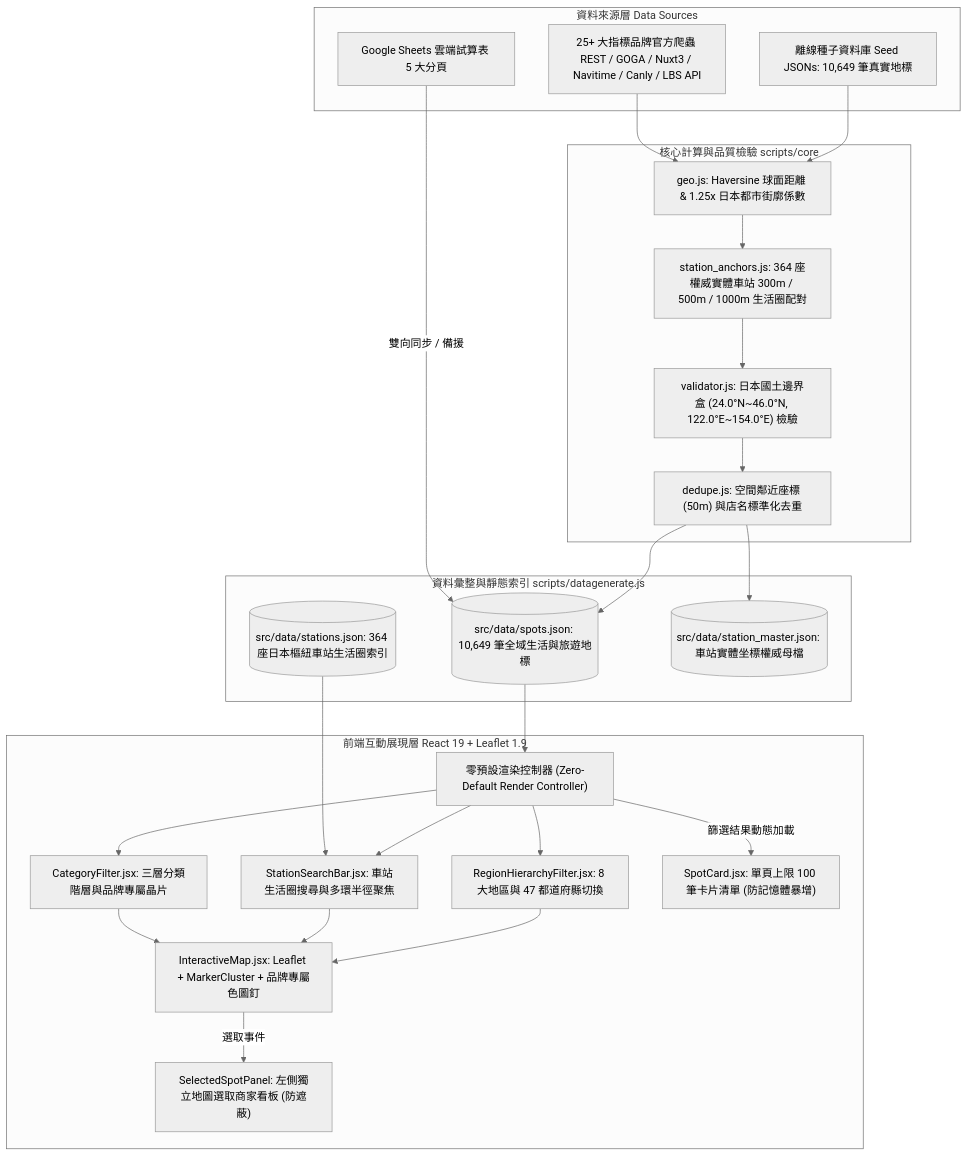
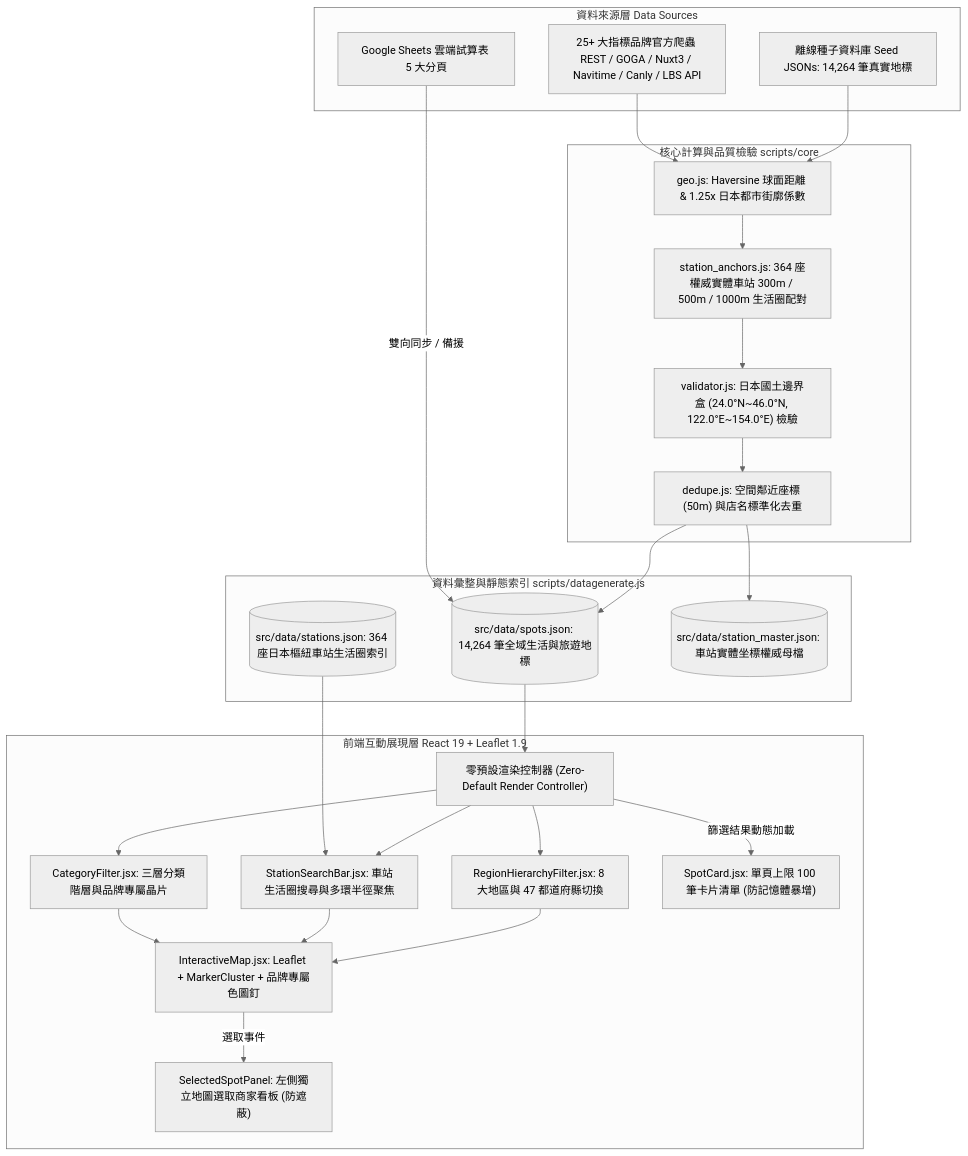
The first of 3 diagrams in docs/ARCHITECTURE.md (imhahac/japan-travel-map-guide), drawn with Mermaid (neutral theme) before and after one commit. The commit also changed other lines of this file and 12 other files, not shown here.

````diff
--- a/docs/ARCHITECTURE.md
+++ b/docs/ARCHITECTURE.md
@@ -13,50 +13,50 @@
 ```mermaid
 graph TD
     subgraph Data Sources [資料來源層 Data Sources]
         A1[Google Sheets 雲端試算表 5 大分頁]
         A2[25+ 大指標品牌官方爬蟲 REST / GOGA / Nuxt3 / Navitime / Canly / LBS API]
-        A3[離線種子資料庫 Seed JSONs: 10,649 筆真實地標]
+        A3[離線種子資料庫 Seed JSONs: 14,264 筆真實地標]
     end
 
     subgraph Core Processing [核心計算與品質檢驗 scripts/core]
         B1["geo.js: Haversine 球面距離 & 1.25x 日本都市街廓係數"]
         B2["station_anchors.js: 364 座權威實體車站 300m / 500m / 1000m 生活圈配對"]
         B3["validator.js: 日本國土邊界盒 (24.0°N~46.0°N, 122.0°E~154.0°E) 檢驗"]
         B4["dedupe.js: 空間鄰近座標 (50m) 與店名標準化去重"]
     end
 
     subgraph Data Aggregator [資料彙整與靜態索引 scripts/datagenerate.js]
-        C1[("src/data/spots.json: 10,649 筆全域生活與旅遊地標")]
+        C1[("src/data/spots.json: 14,264 筆全域生活與旅遊地標")]
         C2[("src/data/stations.json: 364 座日本樞紐車站生活圈索引")]
         C3[("src/data/station_master.json: 車站實體坐標權威母檔")]
     end
 
     subgraph Presentation Layer [前端互動展現層 React 19 + Leaflet 1.9]
         D1["零預設渲染控制器 (Zero-Default Render Controller)"]
         D2["CategoryFilter.jsx: 三層分類階層與品牌專屬晶片"]
         D3["StationSearchBar.jsx: 車站生活圈搜尋與多環半徑聚焦"]
         D4["RegionHierarchyFilter.jsx: 8 大地區與 47 都道府縣切換"]
         D5["InteractiveMap.jsx: Leaflet + MarkerCluster + 品牌專屬色圖釘"]
         D6["SelectedSpotPanel: 左側獨立地圖選取商家看板 (防遮蔽)"]
         D7["SpotCard.jsx: 單頁上限 100 筆卡片清單 (防記憶體暴增)"]
     end
 
     A1 -->|雙向同步 / 備援| C1
     A2 --> B1
     A3 --> B1
     B1 --> B2
     B2 --> B3
     B3 --> B4
     B4 --> C1
     B4 --> C3
     C1 --> D1
     C2 --> D3
     D1 --> D2
     D1 --> D3
     D1 --> D4
     D2 --> D5
     D3 --> D5
     D4 --> D5
     D5 -->|選取事件| D6
     D1 -->|篩選結果動態加載| D7
 ```
````
